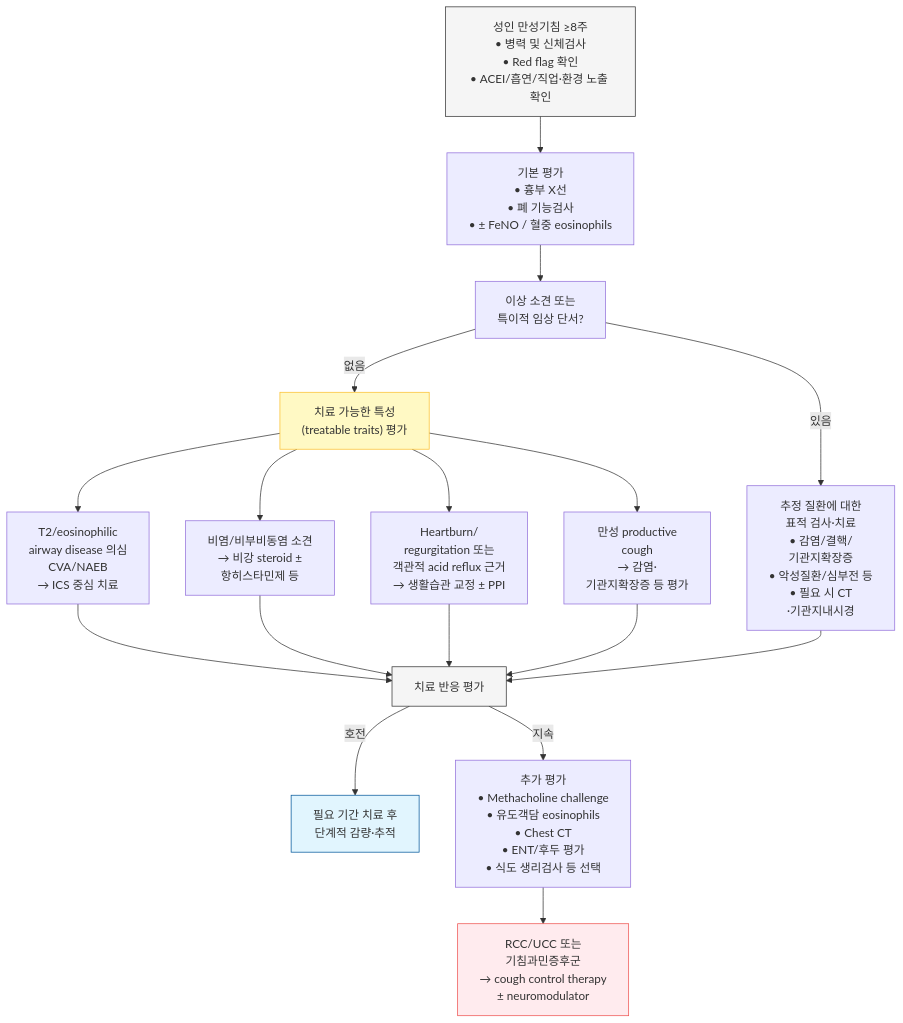
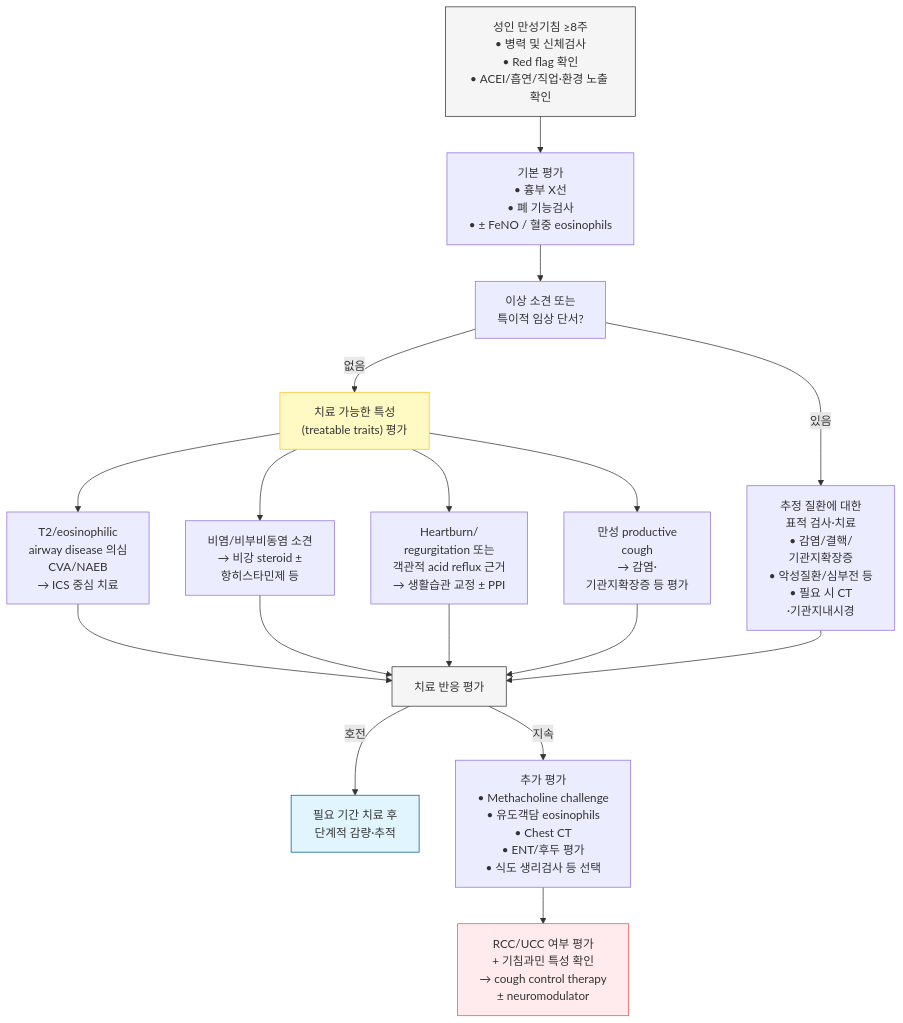
Before and after one commit to familyoh77/familyoh77: the third of 3 diagrams in 220_/006_-cough.md, drawn with Mermaid. The commit also changed other lines of this file, not shown here.

````diff
--- a/220_/006_-cough.md
+++ b/220_/006_-cough.md
@@ -274,25 +275,25 @@
 ```mermaid
 graph TD
     Start["성인 만성기침 ≥8주<br/>• 병력 및 신체검사<br/>• Red flag 확인<br/>• ACEI/흡연/직업·환경 노출 확인"]
     Start --> Basic["기본 평가<br/>• 흉부 X선<br/>• 폐 기능검사<br/>• ± FeNO / 혈중 eosinophils"]
     Basic --> Abnormal["이상 소견 또는<br/>특이적 임상 단서?"]
     Abnormal -- "있음" --> Specific["추정 질환에 대한 <br/>표적 검사·치료<br/>• 감염/결핵/<br/>기관지확장증<br/>• 악성질환/심부전 등<br/>• 필요 시 CT<br/>·기관지내시경"]
     Abnormal -- "없음" --> Traits["치료 가능한 특성<br/>(treatable traits) 평가"]
     Traits --> Eos["T2/eosinophilic <br/>airway disease 의심<br/>CVA/NAEB <br/>→ ICS 중심 치료"]
     Traits --> Upper["비염/비부비동염 소견<br/>→ 비강 steroid ±<br/> 항히스타민제 등"]
     Traits --> Reflux["Heartburn/<br/>regurgitation 또는<br/>객관적 acid reflux 근거<br/>→ 생활습관 교정 ± PPI"]
     Traits --> Productive["만성 productive <br/>cough<br/>→ 감염·<br/> 기관지확장증 등 평가"]
     Eos --> FU["치료 반응 평가"]
     Upper --> FU
     Reflux --> FU
     Productive --> FU
     Specific --> FU
     FU -- "호전" --> Maintain["필요 기간 치료 후 <br/> 단계적 감량·추적"]
     FU -- "지속" --> Add["추가 평가<br/>• Methacholine challenge<br/>• 유도객담 eosinophils<br/>• Chest CT<br/>• ENT/후두 평가<br/>• 식도 생리검사 등 선택"]
-    Add --> RCC["RCC/UCC 또는 <br/> 기침과민증후군<br/>→ cough control therapy<br/>± neuromodulator"]
+    Add --> RCC["RCC/UCC 여부 평가<br/>+ 기침과민 특성 확인<br/>→ cough control therapy<br/>± neuromodulator"]
     style Start fill:#f5f5f5,stroke:#333
     style Traits fill:#fff9c4,stroke:#fbc02d
     style FU fill:#f5f5f5,stroke:#333
     style RCC fill:#ffebee,stroke:#ef5350
     style Maintain fill:#e1f5fe,stroke:#01579b
 ```
````
